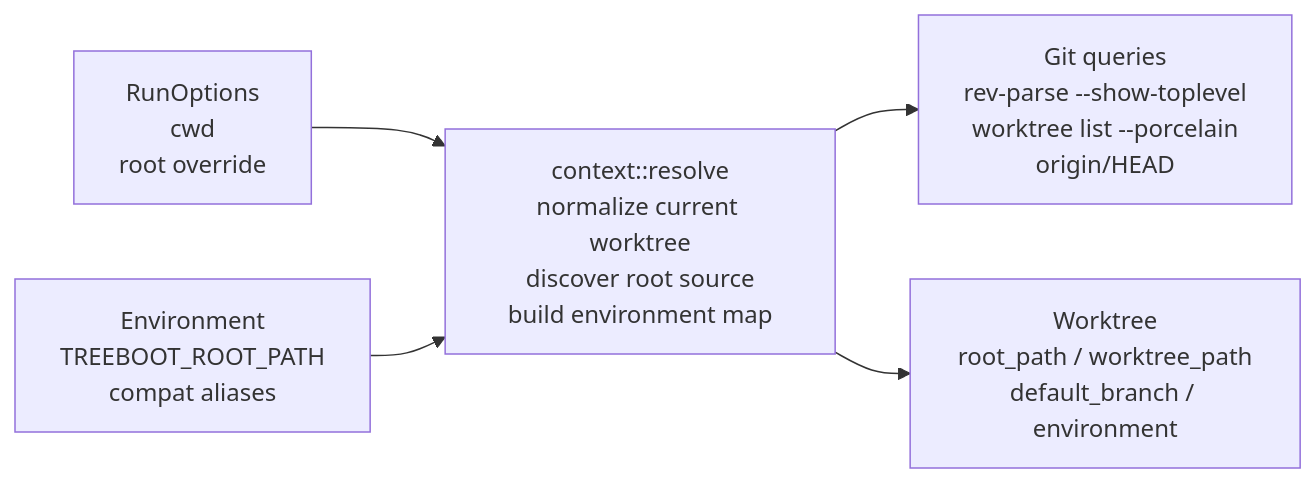
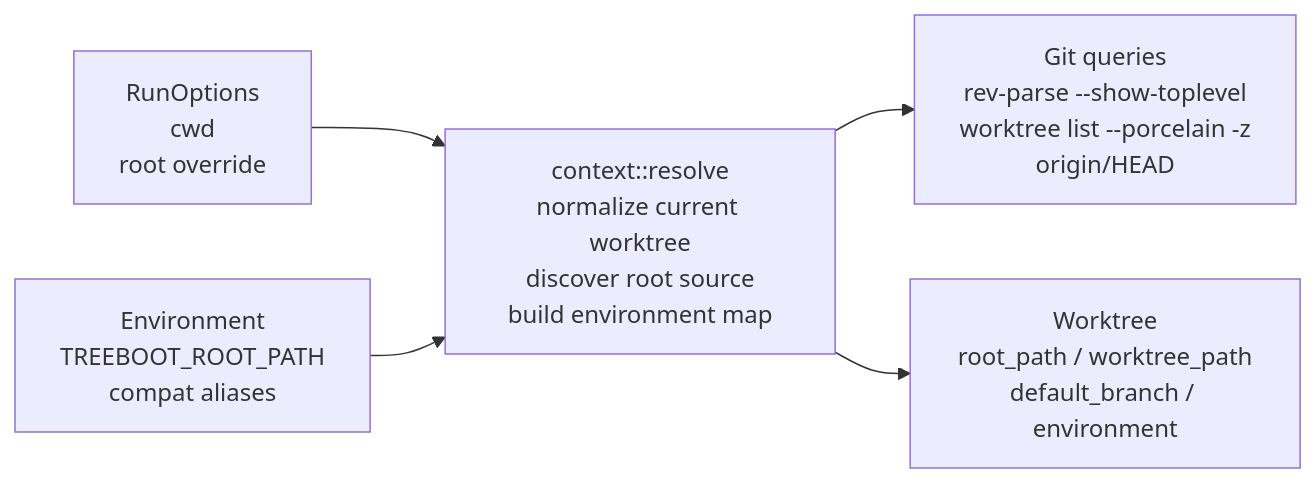
The second of 5 diagrams in docs/ARCHITECTURE.md (jimeh/treeboot), drawn with Mermaid before and after one commit. The commit also changed other lines of this file and 5 other files, not shown here.

First line of the commit message:
fix: preserve native Git worktree paths (#90)

````diff
--- a/docs/ARCHITECTURE.md
+++ b/docs/ARCHITECTURE.md
@@ -91,13 +91,13 @@
 ```mermaid
 flowchart LR
   OPT["RunOptions<br/>cwd<br/>root override"]
   ENV["Environment<br/>TREEBOOT_ROOT_PATH<br/>compat aliases"]
   RES["context::resolve<br/>normalize current worktree<br/>discover root source<br/>build environment map"]
-  GIT["Git queries<br/>rev-parse --show-toplevel<br/>worktree list --porcelain<br/>origin/HEAD"]
+  GIT["Git queries<br/>rev-parse --show-toplevel<br/>worktree list --porcelain -z<br/>origin/HEAD"]
   WT["Worktree<br/>root_path / worktree_path<br/>default_branch / environment"]
 
   OPT --> RES
   ENV --> RES
   RES --> GIT
   RES --> WT
 ```
````
